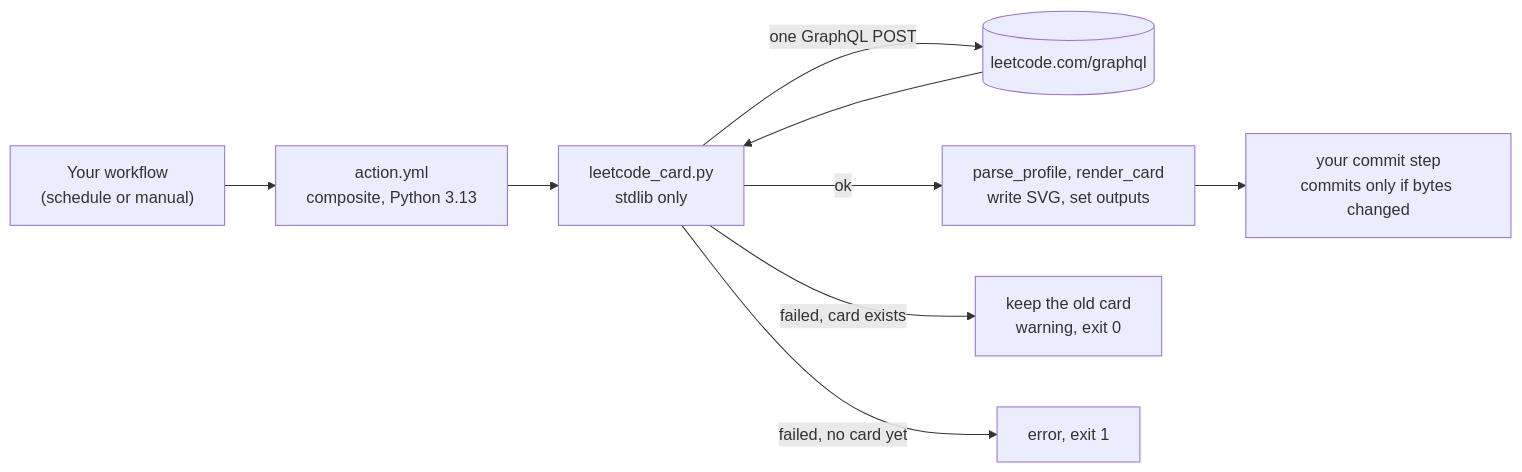
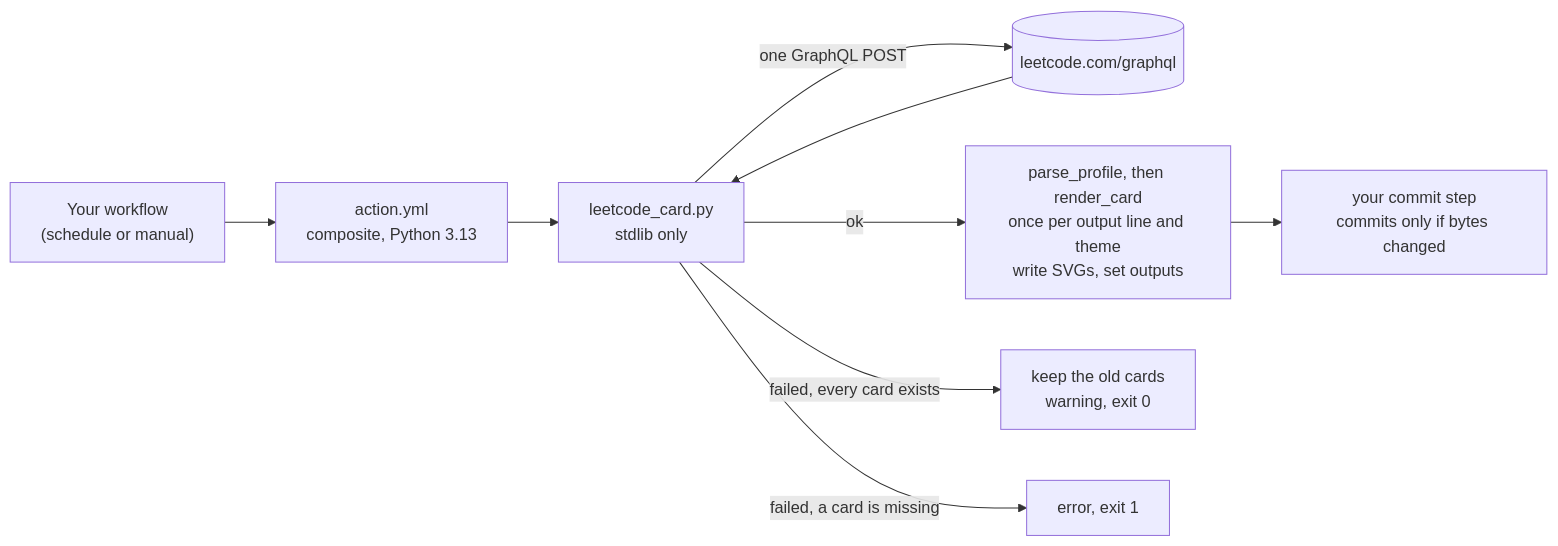
The diagram in README.md (Sagargupta16/leetcode-card-action), drawn with Mermaid before and after one commit. The commit also changed other lines of this file and 15 other files, not shown here.

````diff
--- a/README.md
+++ b/README.md
@@ -105,11 +156,11 @@
 ```mermaid
 flowchart LR
     trigger["Your workflow<br/>(schedule or manual)"] --> action["action.yml<br/>composite, Python 3.13"]
     action --> script["leetcode_card.py<br/>stdlib only"]
     script -->|"one GraphQL POST"| api[("leetcode.com/graphql")]
     api --> script
-    script -->|"ok"| render["parse_profile, render_card<br/>write SVG, set outputs"]
-    script -->|"failed, card exists"| keep["keep the old card<br/>warning, exit 0"]
-    script -->|"failed, no card yet"| fail["error, exit 1"]
+    script -->|"ok"| render["parse_profile, then render_card<br/>once per output line and theme<br/>write SVGs, set outputs"]
+    script -->|"failed, every card exists"| keep["keep the old cards<br/>warning, exit 0"]
+    script -->|"failed, a card is missing"| fail["error, exit 1"]
     render --> commit["your commit step<br/>commits only if bytes changed"]
 ```
````
